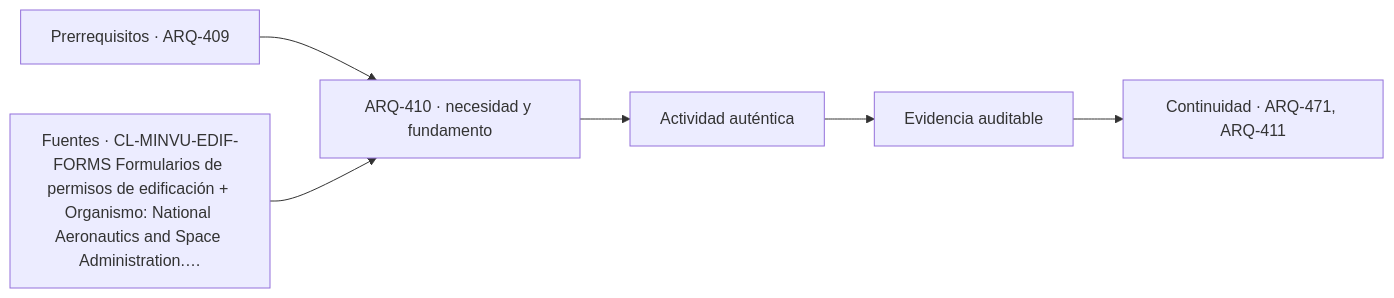
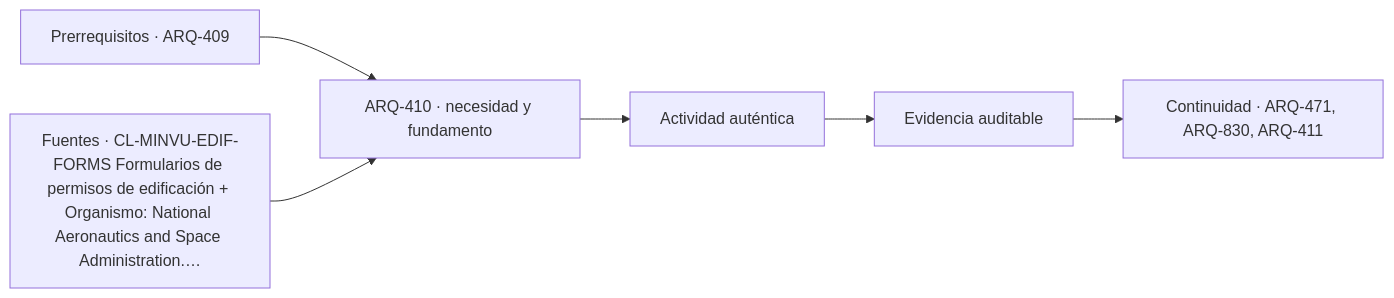
The diagram in classes/parte-41/ARQ-410.md (vladimiracunadev-create/architecture-built-environment-learning-program), drawn with Mermaid before and after one commit. The commit also changed other lines of this file and 234 other files, not shown here.

````diff
--- a/classes/parte-41/ARQ-410.md
+++ b/classes/parte-41/ARQ-410.md
@@ -103,8 +103,8 @@
 ```mermaid
 flowchart LR
     A["Prerrequisitos · ARQ-409"] --> B["ARQ-410 · necesidad y fundamento"]
     S["Fuentes · CL-MINVU-EDIF-FORMS Formularios de permisos de edificación + Organismo: National Aeronautics and Space Administration.…"] --> B
     B --> C["Actividad auténtica"]
     C --> D["Evidencia auditable"]
-    D --> E["Continuidad · ARQ-471, ARQ-411"]
+    D --> E["Continuidad · ARQ-471, ARQ-830, ARQ-411"]
 ```
````
